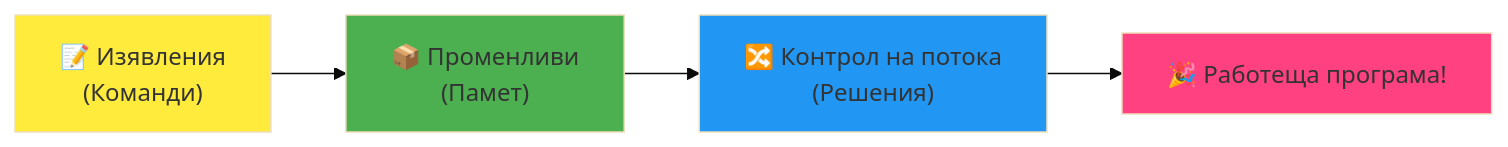
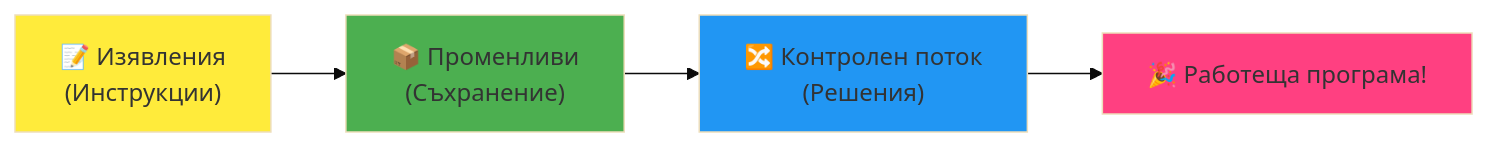
Before and after one commit to microsoft/Web-Dev-For-Beginners: the fourth of 7 diagrams in translations/bg/1-getting-started-lessons/1-intro-to-programming-languages/README.md, drawn with Mermaid (base theme). The commit also changed other lines of this file and 8 other files, not shown here.

````diff
--- a/translations/bg/1-getting-started-lessons/1-intro-to-programming-languages/README.md
+++ b/translations/bg/1-getting-started-lessons/1-intro-to-programming-languages/README.md
@@ -466,9 +467,9 @@
 ```mermaid
 flowchart LR
-    A["📝 Изявления<br/>(Команди)"] --> B["📦 Променливи<br/>(Памет)"] --> C["🔀 Контрол на потока<br/>(Решения)"] --> D["🎉 Работеща програма!"]
+    A["📝 Изявления<br/>(Инструкции)"] --> B["📦 Променливи<br/>(Съхранение)"] --> C["🔀 Контролен поток<br/>(Решения)"] --> D["🎉 Работеща програма!"]
     
     style A fill:#ffeb3b
     style B fill:#4caf50
     style C fill:#2196f3
     style D fill:#ff4081
 ```
````
